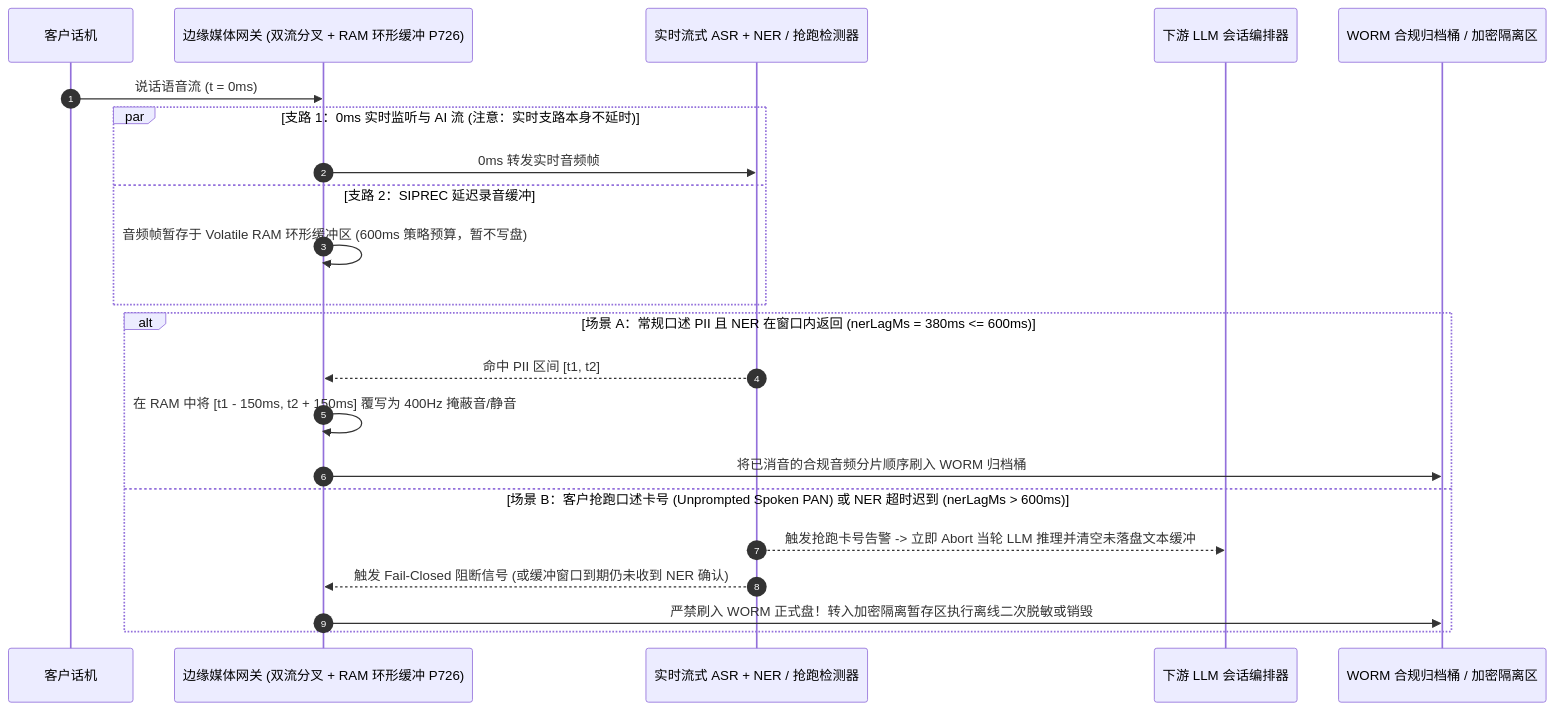
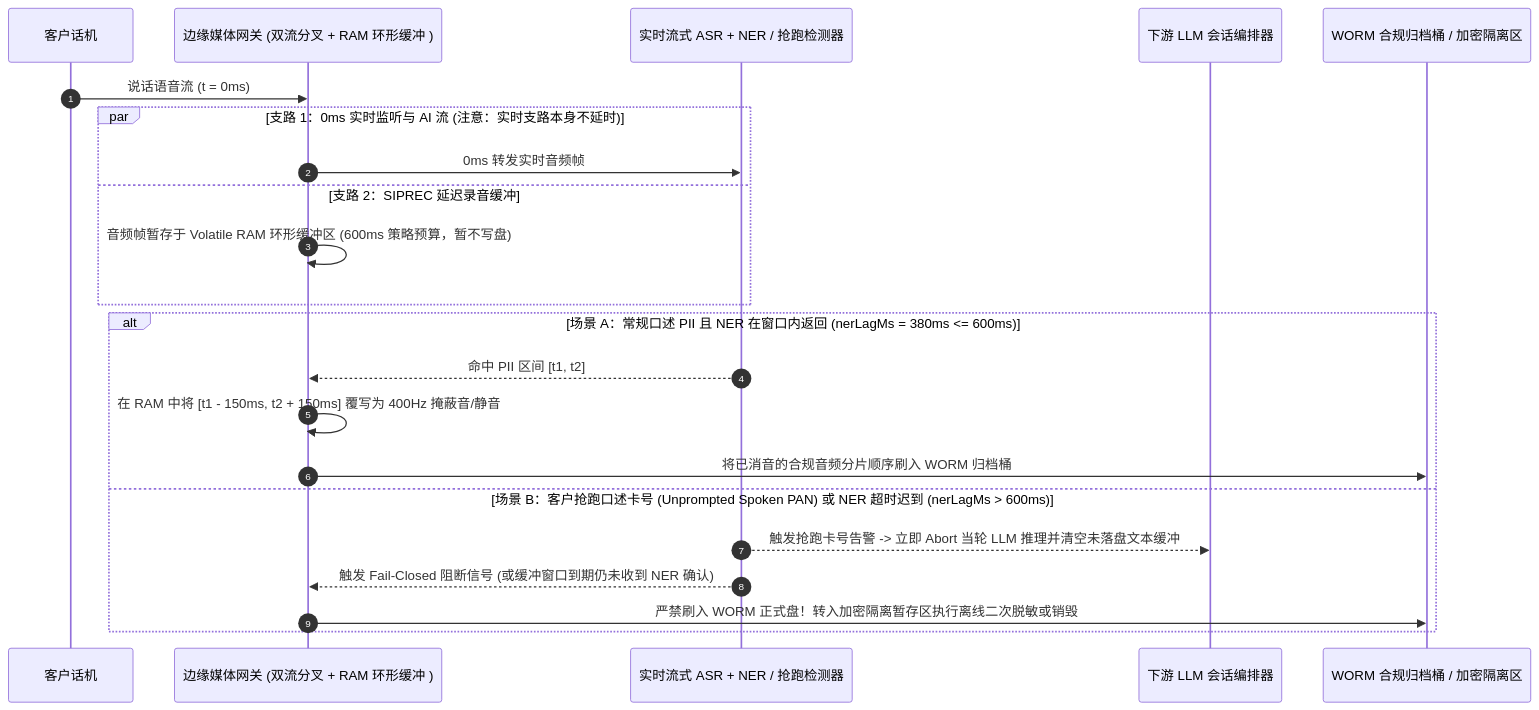
The third of 3 diagrams in docs/siprec-pii-audio-redaction-faq.md (turbo998/voice-agent-lab), drawn with Mermaid before and after one commit. The commit also changed other lines of this file and 715 other files, not shown here.

````diff
--- a/docs/siprec-pii-audio-redaction-faq.md
+++ b/docs/siprec-pii-audio-redaction-faq.md
@@ -103,26 +103,26 @@
 ```mermaid
 sequenceDiagram
-    autonumber
-    participant Caller as 客户话机
-    participant Fork as 边缘媒体网关 (双流分叉 + RAM 环形缓冲 P726)
-    participant ASR_NER as 实时流式 ASR + NER / 抢跑检测器
-    participant LLM as 下游 LLM 会话编排器
-    participant Store as WORM 合规归档桶 / 加密隔离区
+ autonumber
+ participant Caller as 客户话机
+ participant Fork as 边缘媒体网关 (双流分叉 + RAM 环形缓冲 )
+ participant ASR_NER as 实时流式 ASR + NER / 抢跑检测器
+ participant LLM as 下游 LLM 会话编排器
+ participant Store as WORM 合规归档桶 / 加密隔离区
 
-    Caller->>Fork: 说话语音流 (t = 0ms)
-    par 支路 1：0ms 实时监听与 AI 流 (注意：实时支路本身不延时)
-        Fork->>ASR_NER: 0ms 转发实时音频帧
-    and 支路 2：SIPREC 延迟录音缓冲
-        Fork->>Fork: 音频帧暂存于 Volatile RAM 环形缓冲区 (600ms 策略预算，暂不写盘)
-    end
+ Caller->>Fork: 说话语音流 (t = 0ms)
+ par 支路 1：0ms 实时监听与 AI 流 (注意：实时支路本身不延时)
+ Fork->>ASR_NER: 0ms 转发实时音频帧
+ and 支路 2：SIPREC 延迟录音缓冲
+ Fork->>Fork: 音频帧暂存于 Volatile RAM 环形缓冲区 (600ms 策略预算，暂不写盘)
+ end
 
-    alt 场景 A：常规口述 PII 且 NER 在窗口内返回 (nerLagMs = 380ms <= 600ms)
-        ASR_NER-->>Fork: 命中 PII 区间 [t1, t2]
-        Fork->>Fork: 在 RAM 中将 [t1 - 150ms, t2 + 150ms] 覆写为 400Hz 掩蔽音/静音
-        Fork->>Store: 将已消音的合规音频分片顺序刷入 WORM 归档桶
-    else 场景 B：客户抢跑口述卡号 (Unprompted Spoken PAN) 或 NER 超时迟到 (nerLagMs > 600ms)
-        ASR_NER-->>LLM: 触发抢跑卡号告警 -> 立即 Abort 当轮 LLM 推理并清空未落盘文本缓冲
-        ASR_NER-->>Fork: 触发 Fail-Closed 阻断信号 (或缓冲窗口到期仍未收到 NER 确认)
-        Fork->>Store: 严禁刷入 WORM 正式盘！转入加密隔离暂存区执行离线二次脱敏或销毁
-    end
+ alt 场景 A：常规口述 PII 且 NER 在窗口内返回 (nerLagMs = 380ms <= 600ms)
+ ASR_NER-->>Fork: 命中 PII 区间 [t1, t2]
+ Fork->>Fork: 在 RAM 中将 [t1 - 150ms, t2 + 150ms] 覆写为 400Hz 掩蔽音/静音
+ Fork->>Store: 将已消音的合规音频分片顺序刷入 WORM 归档桶
+ else 场景 B：客户抢跑口述卡号 (Unprompted Spoken PAN) 或 NER 超时迟到 (nerLagMs > 600ms)
+ ASR_NER-->>LLM: 触发抢跑卡号告警 -> 立即 Abort 当轮 LLM 推理并清空未落盘文本缓冲
+ ASR_NER-->>Fork: 触发 Fail-Closed 阻断信号 (或缓冲窗口到期仍未收到 NER 确认)
+ Fork->>Store: 严禁刷入 WORM 正式盘！转入加密隔离暂存区执行离线二次脱敏或销毁
+ end
 ```
````
